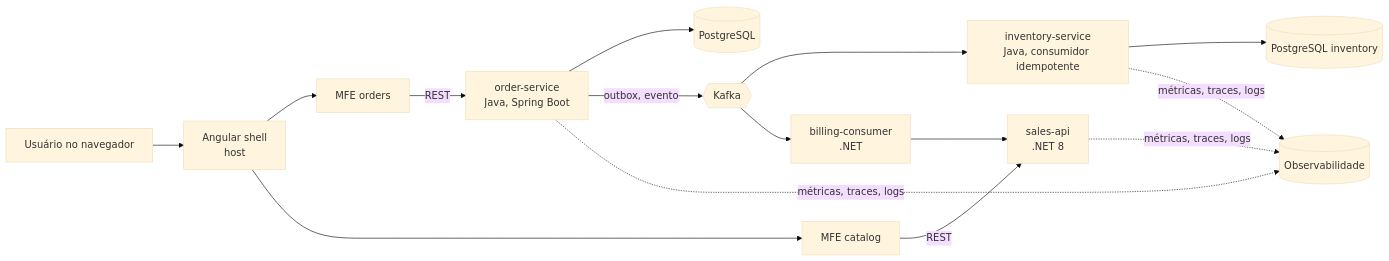
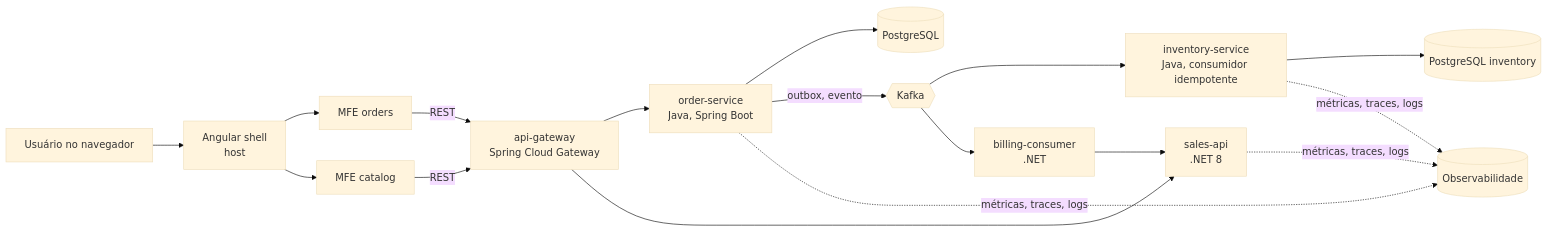
The second of 6 diagrams in docs/architecture.md (GiovaniCancherini/sales-events-java), drawn with Mermaid (base theme) before and after one commit. The commit also changed other lines of this file, not shown here.

Commit message:
docs: choose Spring Cloud Gateway as the single entry point for the front-end

````diff
--- a/docs/architecture.md
+++ b/docs/architecture.md
@@ -23,15 +23,17 @@
 ```mermaid
 flowchart LR
     U[Usuário no navegador] --> SH[Angular shell<br/>host]
     SH --> MO[MFE orders]
     SH --> MC[MFE catalog]
-    MO -->|REST| OS[order-service<br/>Java, Spring Boot]
-    MC -->|REST| SA[sales-api<br/>.NET 8]
+    MO -->|REST| GW[api-gateway<br/>Spring Cloud Gateway]
+    MC -->|REST| GW
+    GW --> OS[order-service<br/>Java, Spring Boot]
+    GW --> SA[sales-api<br/>.NET 8]
     OS --> PG[(PostgreSQL)]
     OS -->|outbox, evento| K{{Kafka}}
     K --> IS[inventory-service<br/>Java, consumidor idempotente]
     K --> BS[billing-consumer<br/>.NET]
     IS --> PG2[(PostgreSQL inventory)]
     BS --> SA
     OS & IS & SA -.->|métricas, traces, logs| OBS[(Observabilidade)]
 ```
````
